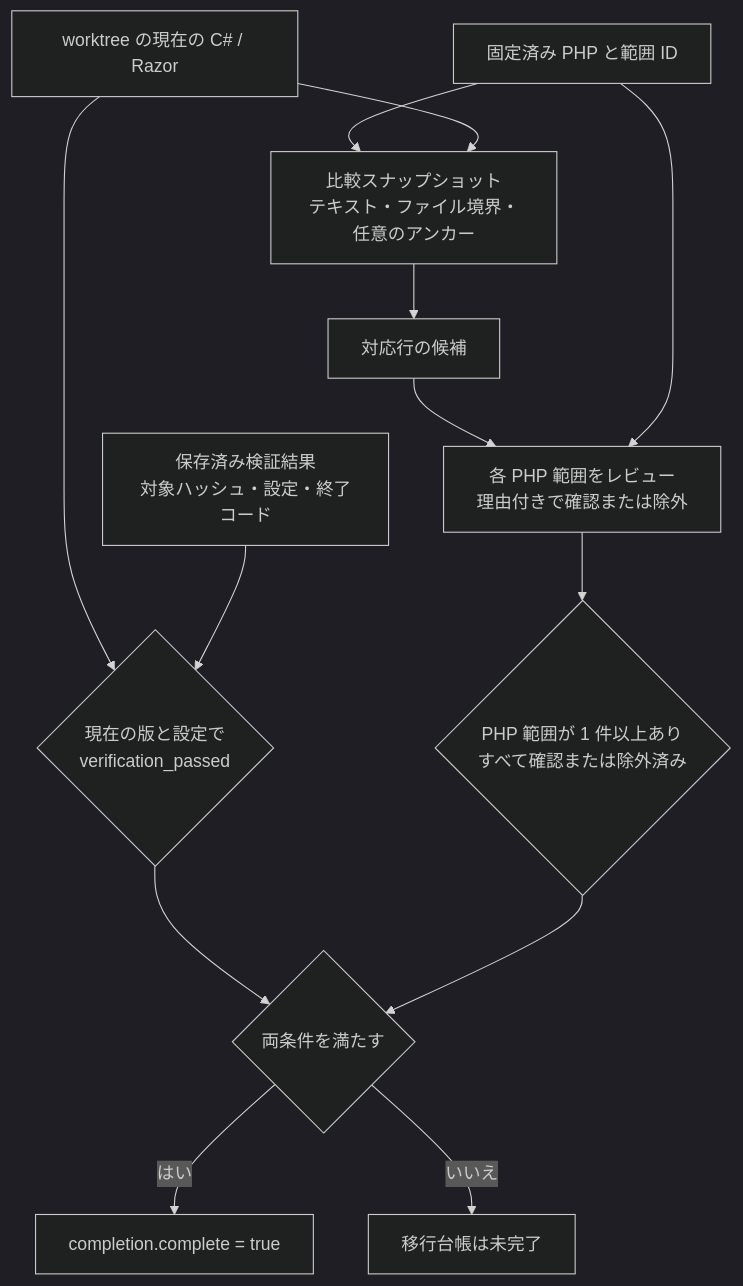
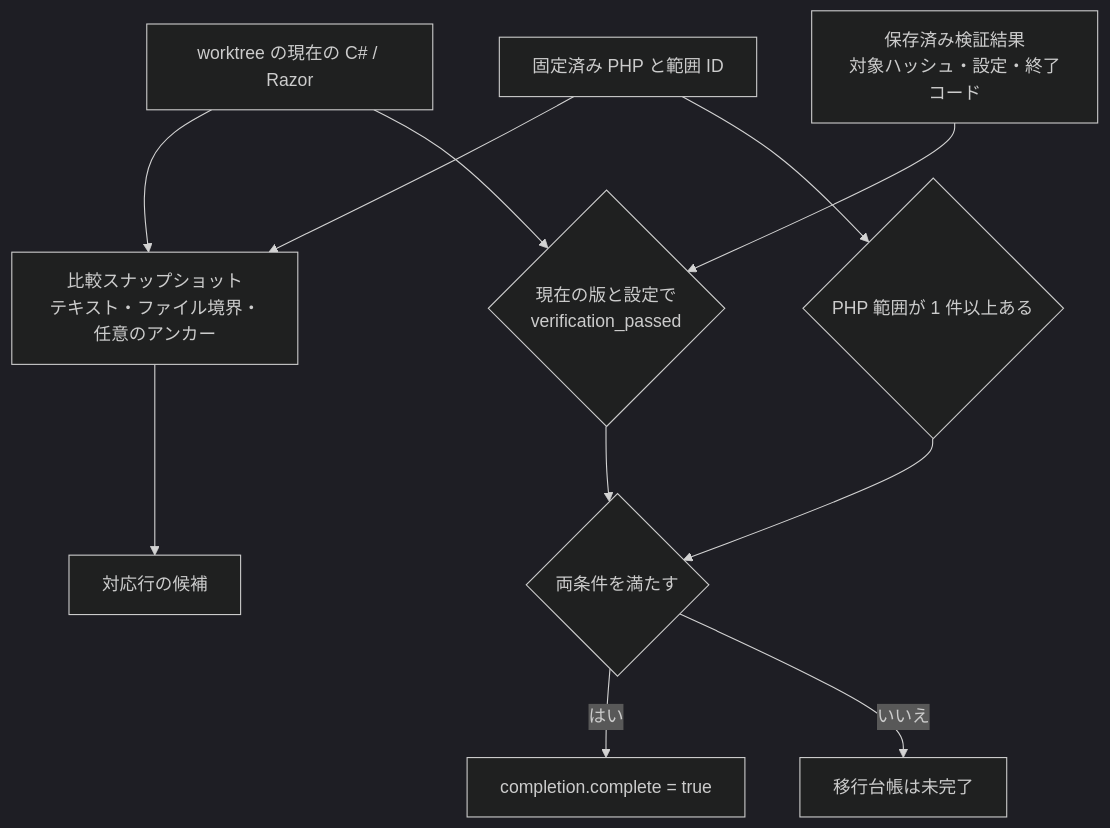
Before and after one commit to SSsan-00/moca: the seventh of 8 diagrams in docs/architecture.md, drawn with Mermaid (dark theme). The commit also changed other lines of this file and 34 other files, not shown here.

````diff
--- a/docs/architecture.md
+++ b/docs/architecture.md
@@ -367,25 +364,24 @@
 ```mermaid
 flowchart TD
     PHP["固定済み PHP と範囲 ID"]
     Tree["worktree の現在の C# / Razor"]
     Snapshot["比較スナップショット<br/>テキスト・ファイル境界・任意のアンカー"]
     Candidate["対応行の候補"]
-    Review["各 PHP 範囲をレビュー<br/>理由付きで確認または除外"]
     Saved["保存済み検証結果<br/>対象ハッシュ・設定・終了コード"]
     Fresh{"現在の版と設定で<br/>verification_passed"}
-    All{"PHP 範囲が 1 件以上あり<br/>すべて確認または除外済み"}
+    All{"PHP 範囲が 1 件以上ある"}
     Decision{"両条件を満たす"}
     Complete["completion.complete = true"]
     Pending["移行台帳は未完了"]
 
     PHP --> Snapshot
     Tree --> Snapshot
-    Snapshot --> Candidate --> Review --> All
-    PHP --> Review
+    Snapshot --> Candidate
+    PHP --> All
     Tree --> Fresh
     Saved --> Fresh
     Fresh --> Decision
     All --> Decision
     Decision -->|はい| Complete
     Decision -->|いいえ| Pending
 ```
````
